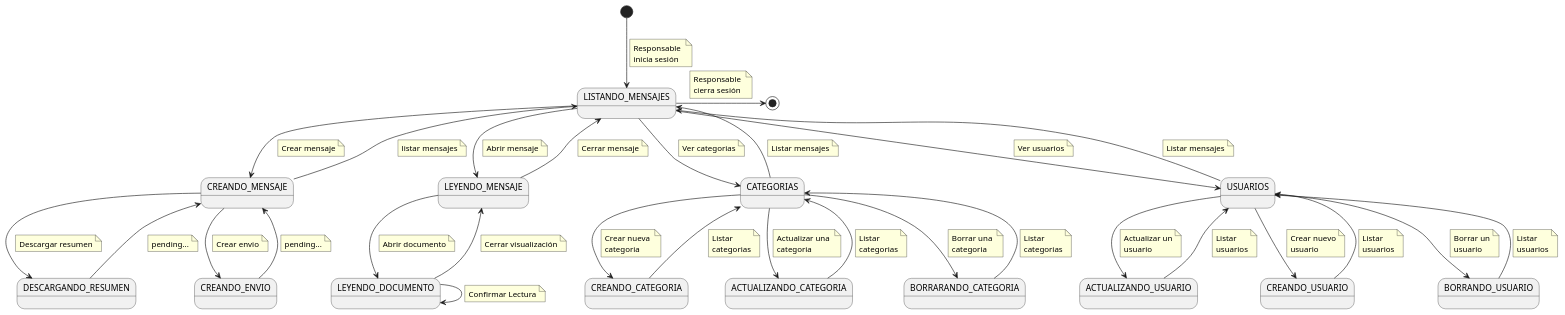
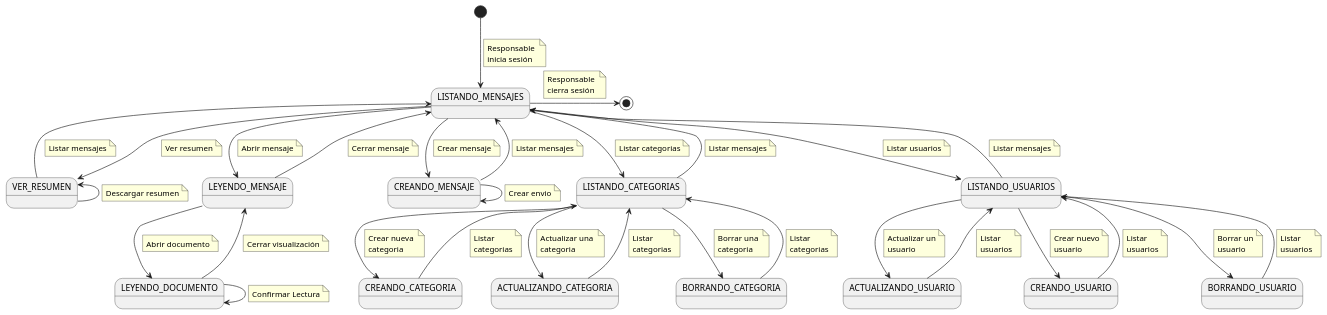
One commit to mmasias/24-25-IdSw1-SDR changed the diagram in docs/casosDeUso/diagramaDeContexto/DiagramaDeContextoResponsable/diagramaContextoResponable.puml. Above: the diagram before and after it, drawn with PlantUML.

Commit message:
1. Se agregó un caso de uso "ver resumen" desde el cual también se podrá descargar el resumen 2. se elimino el estado CREANDO_ENVIO porque no es considerado una vista dentro del sistema si no que una acción

```diff
--- a/docs/casosDeUso/diagramaDeContexto/DiagramaDeContextoResponsable/diagramaContextoResponable.puml
+++ b/docs/casosDeUso/diagramaDeContexto/DiagramaDeContextoResponsable/diagramaContextoResponable.puml
@@ -1,178 +1,177 @@
 @startuml
 
 state "LISTANDO_MENSAJES" as ListandoMensajes
 state "CREANDO_MENSAJE" as CreandoMensaje
-state "DESCARGANDO_RESUMEN" as DescargandoResumen
+state "VER_RESUMEN" as VerResumen
 state "LEYENDO_MENSAJE" as LeyendoMensaje
 state "LEYENDO_DOCUMENTO" as LeyendoDocumento
-state "CREANDO_ENVIO" as CreandoEnvio
-state "CATEGORIAS" as Categorias
+state "LISTANDO_CATEGORIAS" as Categorias
 state "CREANDO_CATEGORIA" as CreandoCategoria
 state "ACTUALIZANDO_CATEGORIA" as ActualizandoCategoria
-state "BORRARANDO_CATEGORIA" as BorrandoCategoria
-state "USUARIOS" as Usuarios
+state "BORRANDO_CATEGORIA" as BorrandoCategoria
+state "LISTANDO_USUARIOS" as Usuarios
 state "ACTUALIZANDO_USUARIO" as ActualizandoUsuario
 state "CREANDO_USUARIO" as CreandoUsuario
 state "BORRANDO_USUARIO" as BorrandoUsuario
 
 [*] --> ListandoMensajes
     note on link
         Responsable 
         inicia sesión
     end note
 
 ListandoMensajes -> [*]
     note on link
         Responsable 
         cierra sesión
     end note
 
 
 ListandoMensajes --> LeyendoMensaje
     note on link
         Abrir mensaje
     end note
 
-LeyendoMensaje --> LeyendoDocumento
+LeyendoMensaje -> LeyendoDocumento
     note on link
         Abrir documento
     end note
 
 LeyendoDocumento --> LeyendoDocumento
     note on link
         Confirmar Lectura
     end note
 
 LeyendoDocumento --> LeyendoMensaje
     note on link
         Cerrar visualización
     end note
 
 LeyendoMensaje --> ListandoMensajes
     note on link
         Cerrar mensaje
     end note
 
 ListandoMensajes --> CreandoMensaje
     note on link
         Crear mensaje
     end note
 
-CreandoMensaje --> CreandoEnvio
+CreandoMensaje --> CreandoMensaje 
     note on link
         Crear envio
     end note
 
-CreandoEnvio --> CreandoMensaje
+ListandoMensajes--> VerResumen
     note on link
-        pending...
+        Ver resumen
     end note
 
-CreandoMensaje --> DescargandoResumen
+VerResumen -l-> ListandoMensajes
+    note on link
+        Listar mensajes
+    end note
+
+VerResumen -l-> VerResumen 
     note on link
         Descargar resumen
     end note
 
-DescargandoResumen --> CreandoMensaje
-    note on link
-        pending...
-    end note
-
 CreandoMensaje --> ListandoMensajes
     note on link
-        listar mensajes
+        Listar mensajes
     end note
 
 ListandoMensajes --> Categorias
     note on link
-        Ver categorias
+        Listar categorias
     end note
 
 Categorias --> CreandoCategoria
     note on link
         Crear nueva 
         categoria
     end note
 
 CreandoCategoria --> Categorias
     note on link
         Listar 
         categorias
     end note
 
 Categorias --> ActualizandoCategoria
     note on link
         Actualizar una 
         categoria
     end note
 
 ActualizandoCategoria --> Categorias
     note on link
         Listar 
         categorias
     end note
 
 Categorias --> BorrandoCategoria
     note on link
         Borrar una 
         categoria
     end note
 
 BorrandoCategoria --> Categorias
     note on link
         Listar 
         categorias
     end note
 
 Categorias --> ListandoMensajes
     note on link
         Listar mensajes
     end note
 
 ListandoMensajes --> Usuarios
     note on link
-        Ver usuarios
+        Listar usuarios
     end note
 
 Usuarios --> CreandoUsuario
     note on link
         Crear nuevo
         usuario
     end note
 
 CreandoUsuario --> Usuarios
     note on link
         Listar
         usuarios
     end note
 
 Usuarios --> ActualizandoUsuario
     note on link
         Actualizar un
         usuario
     end note
 
 ActualizandoUsuario --> Usuarios
     note on link
         Listar
         usuarios
     end note
 
 Usuarios --> BorrandoUsuario
     note on link
         Borrar un
         usuario
     end note
 
 BorrandoUsuario --> Usuarios
     note on link
         Listar
         usuarios
     end note
 
 Usuarios --> ListandoMensajes
     note on link
         Listar mensajes
     end note
 
 @enduml
```
